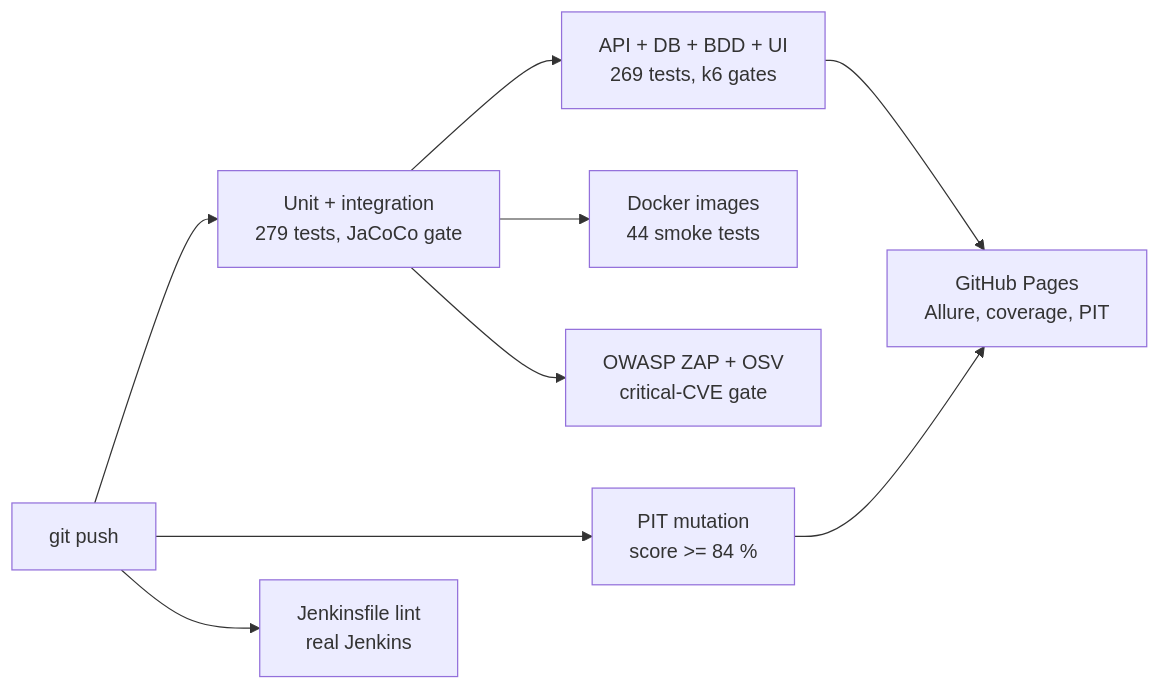
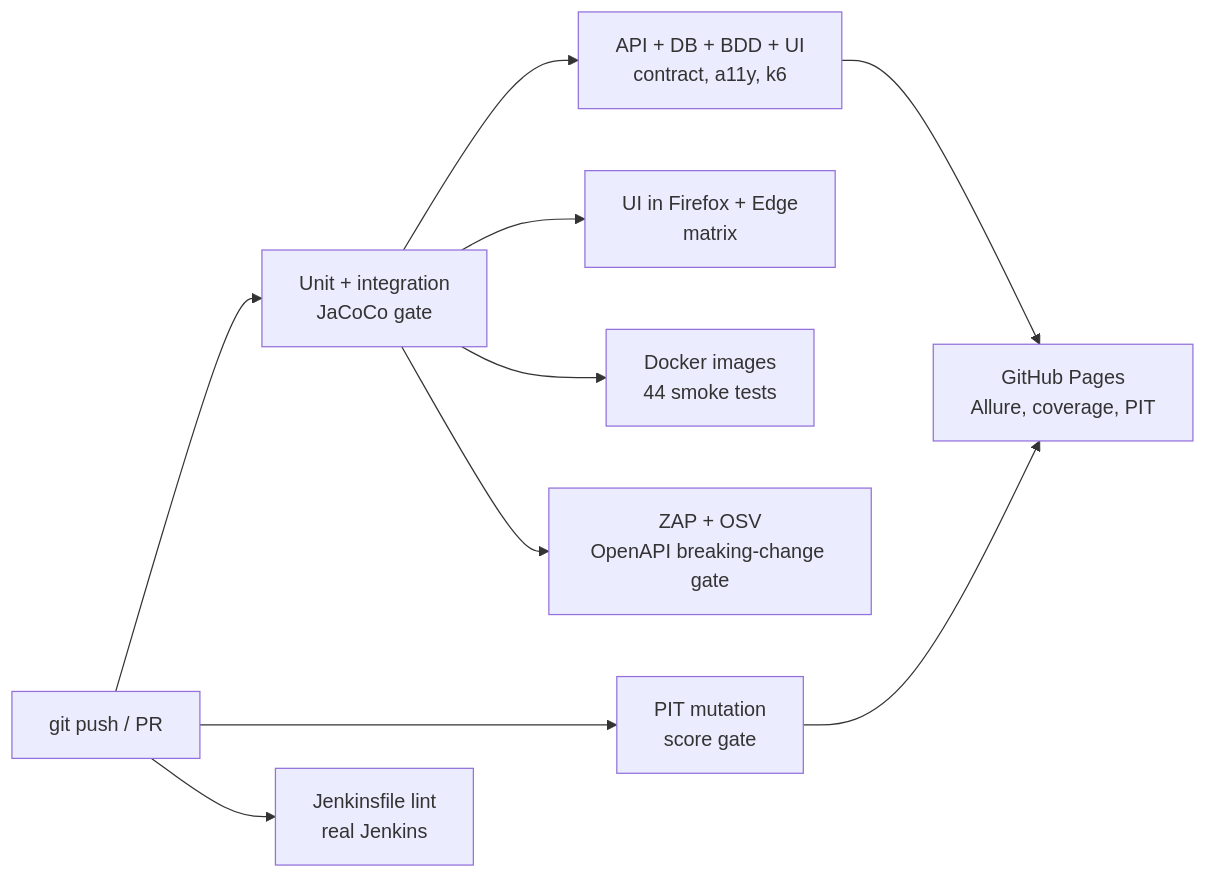
One commit to rbchy/RbcTcsWorld_ECommerceSuite changed the second of 2 diagrams in README.md. Above: the diagram before and after it, drawn with Mermaid. The commit also changed other lines of this file and 2 other files, not shown here.

````diff
--- a/README.md
+++ b/README.md
@@ -35,11 +116,12 @@
 ```mermaid
 flowchart LR
-  push[git push] --> unit[Unit + integration<br/>279 tests, JaCoCo gate]
-  push --> pit[PIT mutation<br/>score >= 84 %]
+  push[git push / PR] --> unit[Unit + integration<br/>JaCoCo gate]
+  push --> pit[PIT mutation<br/>score gate]
   push --> lint[Jenkinsfile lint<br/>real Jenkins]
-  unit --> e2e[API + DB + BDD + UI<br/>269 tests, k6 gates]
+  unit --> e2e[API + DB + BDD + UI<br/>contract, a11y, k6]
+  unit --> xb[UI in Firefox + Edge<br/>matrix]
   unit --> docker[Docker images<br/>44 smoke tests]
-  unit --> sec[OWASP ZAP + OSV<br/>critical-CVE gate]
+  unit --> sec[ZAP + OSV<br/>OpenAPI breaking-change gate]
   e2e --> pages[GitHub Pages<br/>Allure, coverage, PIT]
   pit --> pages
 ```
````
